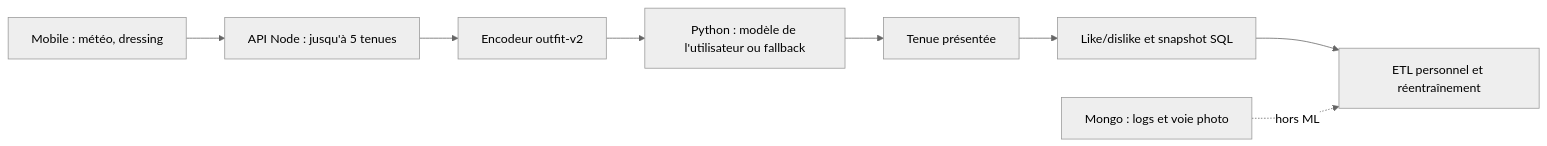
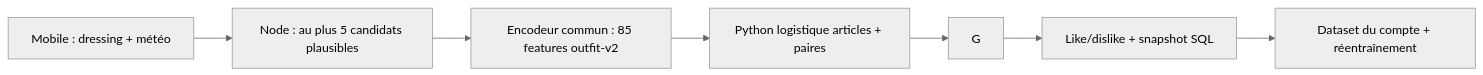
One commit to lucas93220/masterproject changed the diagram in docs/rncp-bloc4/ETAT_ACTUEL.md. Above: the diagram before and after it, drawn with Mermaid (neutral theme). The commit also changed other lines of this file and 26 other files, not shown here.

````diff
--- a/docs/rncp-bloc4/ETAT_ACTUEL.md
+++ b/docs/rncp-bloc4/ETAT_ACTUEL.md
@@ -29,10 +19,9 @@
 ```mermaid
 flowchart LR
-    A[Mobile : météo, dressing] --> B[API Node : jusqu'à 5 tenues]
-    B --> C[Encodeur outfit-v2]
-    C --> D[Python : modèle de l'utilisateur ou fallback]
-    D --> E[Tenue présentée]
-    E --> F[Like/dislike et snapshot SQL]
-    F --> G[ETL personnel et réentraînement]
-    H[Mongo : logs et voie photo] -. hors ML .-> G
+  A[Mobile : dressing + météo] --> B[Node : au plus 5 candidats plausibles]
+  B --> C[Encodeur commun : 85 features outfit-v2]
+  C --> F[Python logistique articles + paires]
+  F --> G
+  G --> H[Like/dislike + snapshot SQL]
+  H --> I[Dataset du compte + réentraînement]
 ```
````
